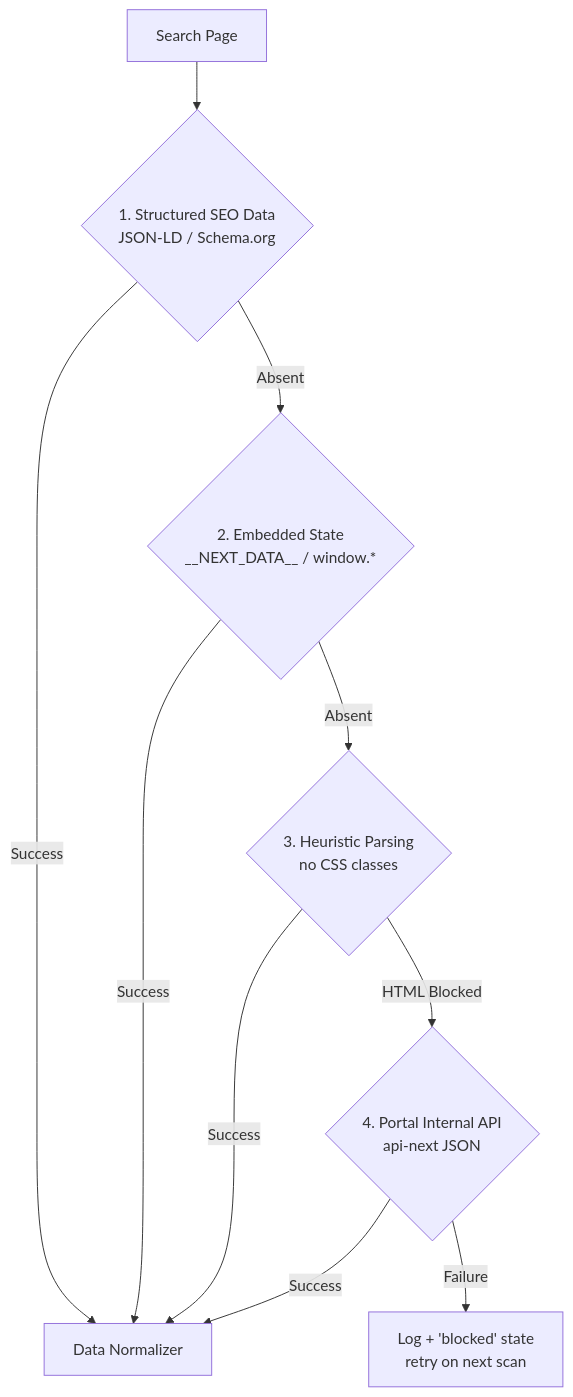
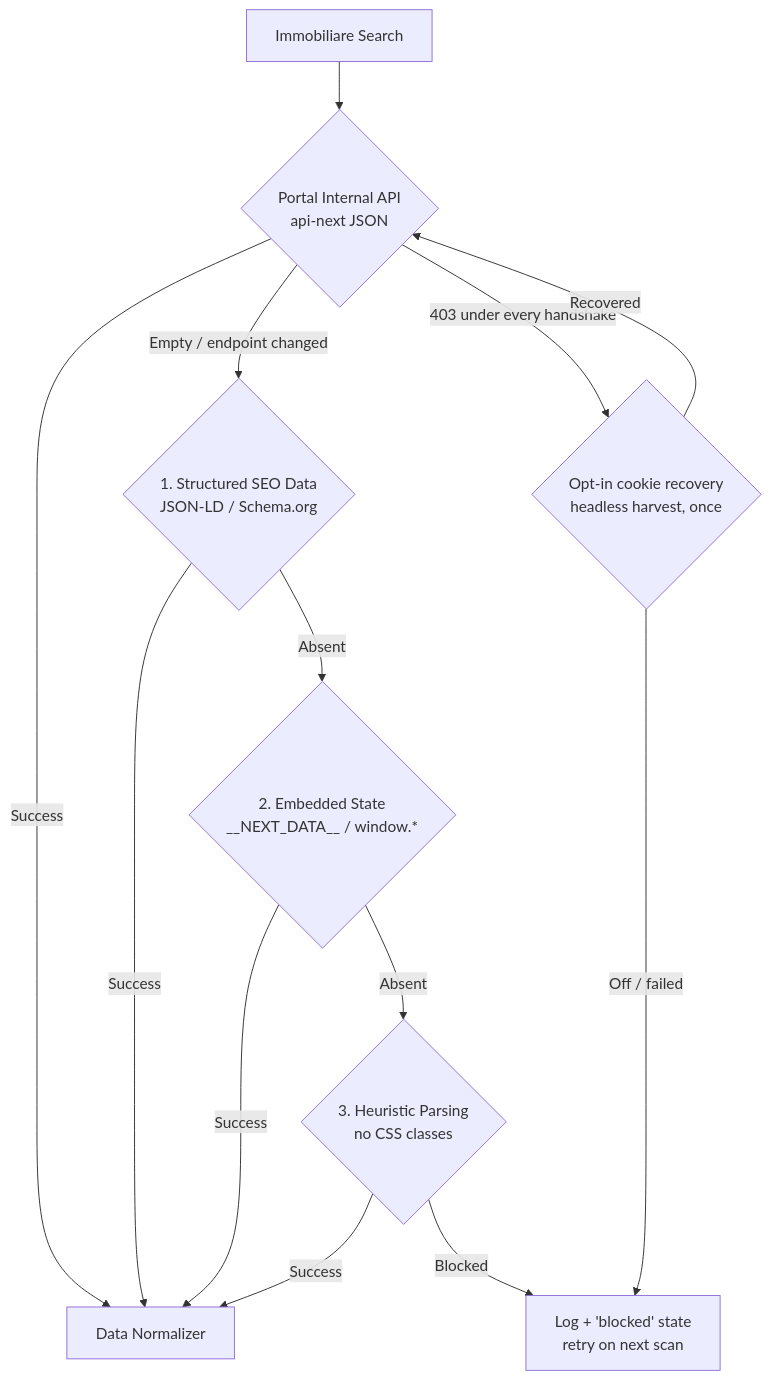
One commit to RobertoReale/real-estate-search changed the first of 2 diagrams in implementation_plan.md. Above: the diagram before and after it, drawn with Mermaid. The commit also changed other lines of this file and 2 other files, not shown here.

Commit message:
feat(immobiliare): make api-next the primary path with HTML fallback
Try the internal api-next JSON endpoint first and fall back to the HTML
strategies (JSON-LD / __NEXT_DATA__ / heuristic) only when it yields
nothing. HTML search pages are almost always DataDome-blocked, so leading
with them spent a guaranteed-blocked request on the residential IP every
scan before reaching the API anyway.

Add opt-in reactive DataDome cookie recovery: on a 403/429 under every TLS
impersonation, mint a fresh cookie in a headless browser once and retry
the page (gated by datadome_auto_refresh).

````diff
--- a/implementation_plan.md
+++ b/implementation_plan.md
@@ -36,12 +38,15 @@
 ```mermaid
 graph TD
-    A[Search Page] --> B{1. Structured SEO Data<br/>JSON-LD / Schema.org}
-    B -->|Success| Z[Data Normalizer]
+    A[Immobiliare Search] --> E{Portal Internal API<br/>api-next JSON}
+    E -->|Success| Z[Data Normalizer]
+    E -->|Empty / endpoint changed| B{1. Structured SEO Data<br/>JSON-LD / Schema.org}
+    B -->|Success| Z
     B -->|Absent| C{2. Embedded State<br/>__NEXT_DATA__ / window.*}
     C -->|Success| Z
     C -->|Absent| D{3. Heuristic Parsing<br/>no CSS classes}
     D -->|Success| Z
-    D -->|HTML Blocked| E{4. Portal Internal API<br/>api-next JSON}
-    E -->|Success| Z
-    E -->|Failure| F[Log + 'blocked' state<br/>retry on next scan]
+    D -->|Blocked| F[Log + 'blocked' state<br/>retry on next scan]
+    E -->|403 under every handshake| G{Opt-in cookie recovery<br/>headless harvest, once}
+    G -->|Recovered| E
+    G -->|Off / failed| F
 ```
````
